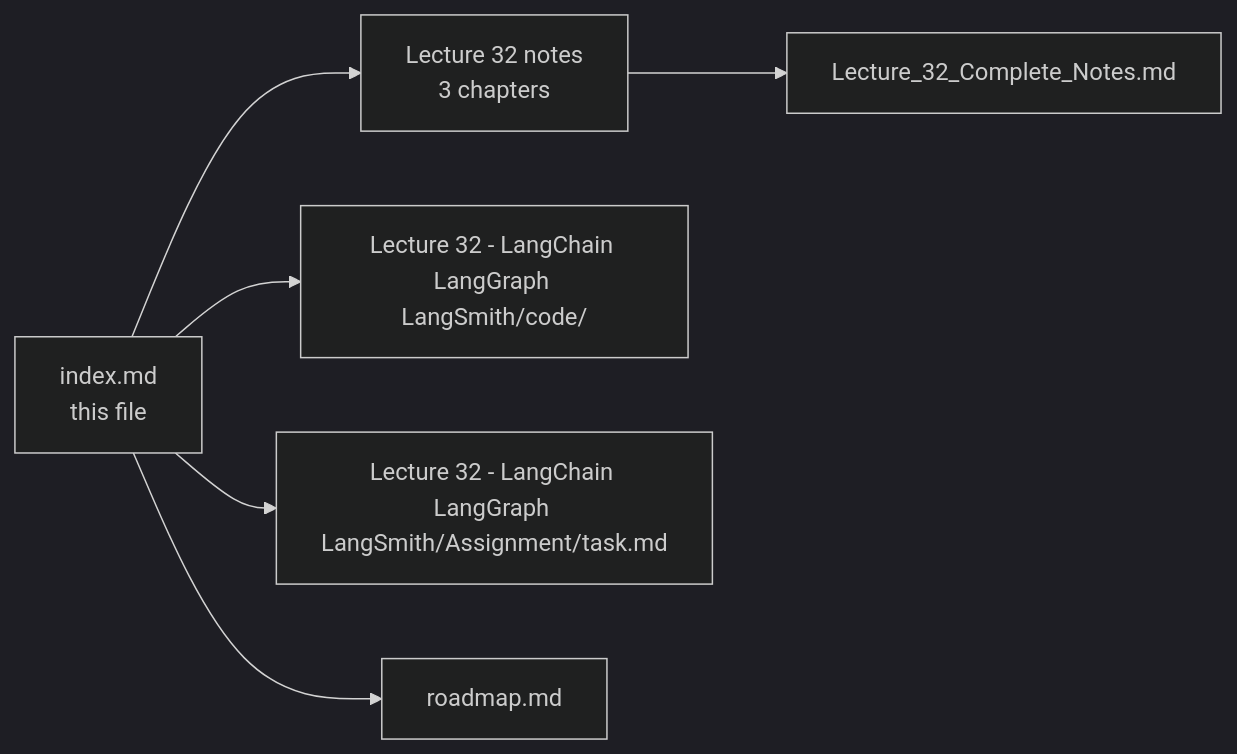
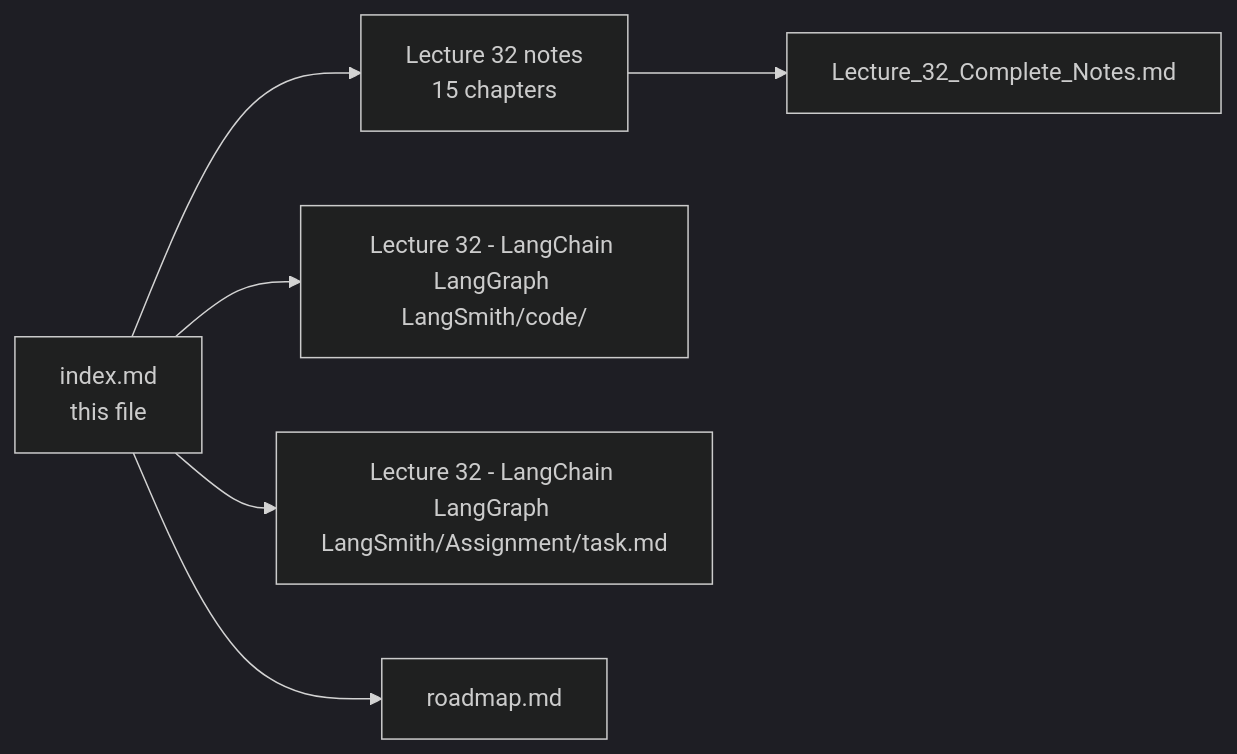
Before and after one commit to Amie-dev/FDE-and-GenAI-Mastery: diagram 31 of 31 in index.md, drawn with Mermaid (dark theme). The commit also changed other lines of this file and 18 other files, not shown here.

Commit message:
refactor: split lecture 32 notes into granular chapter-based markdown files

````diff
--- a/index.md
+++ b/index.md
@@ -1287,8 +1299,8 @@
 ```mermaid
 flowchart LR
-    IDX["index.md<br/>this file"] --> L32["Lecture 32 notes<br/>3 chapters"]
+    IDX["index.md<br/>this file"] --> L32["Lecture 32 notes<br/>15 chapters"]
     L32 --> CN["Lecture_32_Complete_Notes.md"]
     IDX --> CODE["Lecture 32 - LangChain LangGraph LangSmith/code/"]
     IDX --> ASG["Lecture 32 - LangChain LangGraph LangSmith/Assignment/task.md"]
     IDX --> RM["roadmap.md"]
 ```
````
